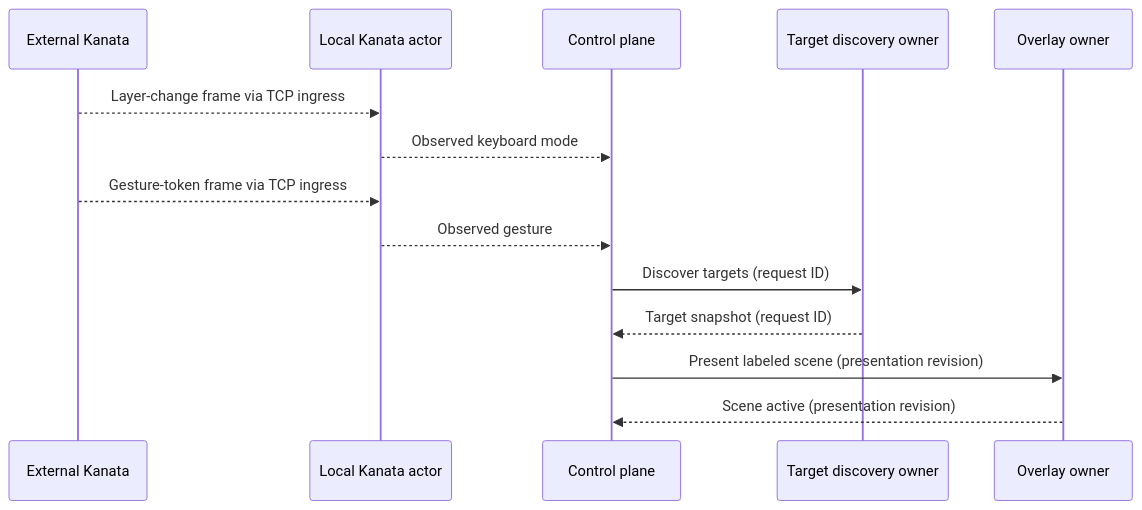
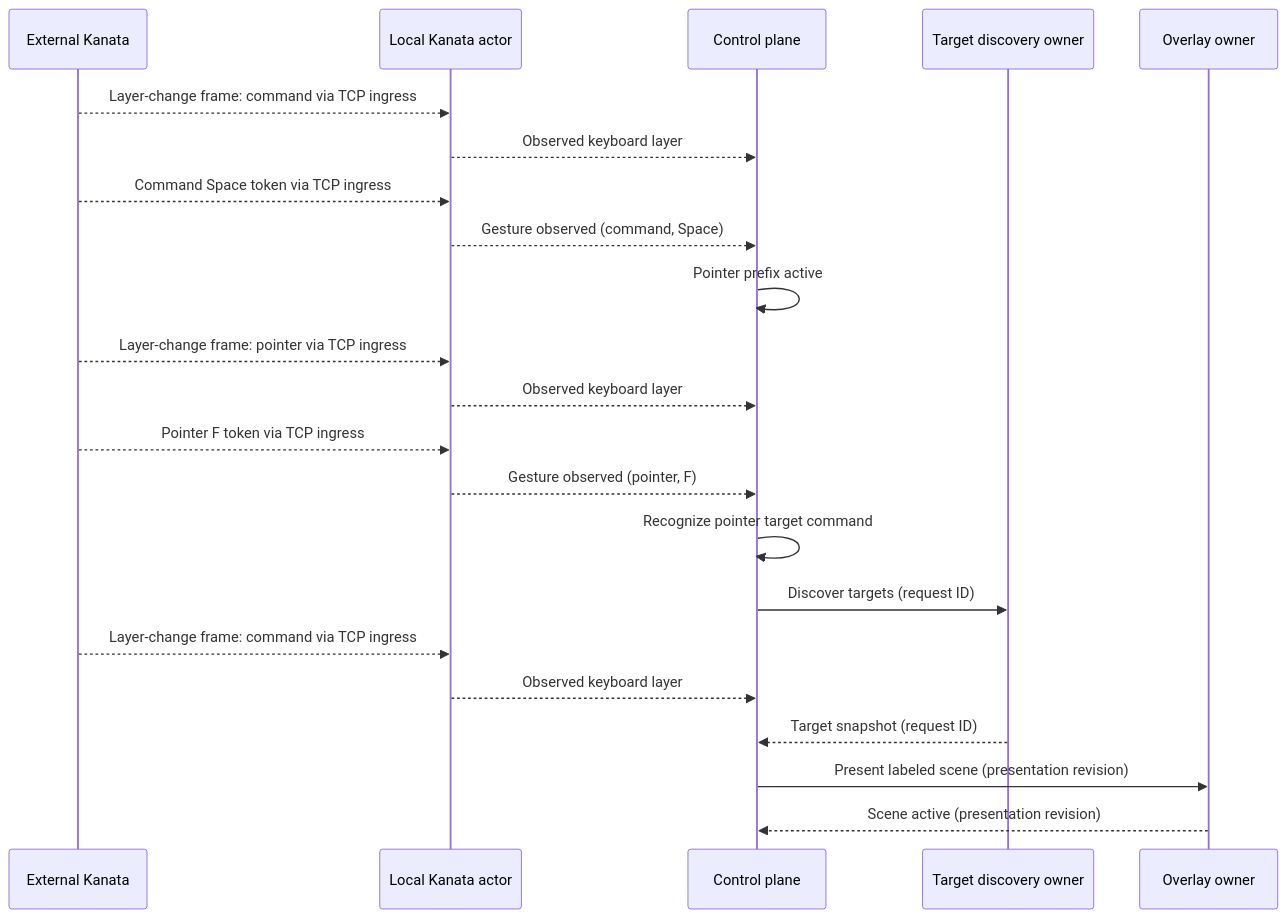
One commit to MattKotsenas/desknav changed the diagram in ARCHITECTURE.md. Above: the diagram before and after it, drawn with Mermaid. The commit also changed other lines of this file and 9 other files, not shown here.

````diff
--- a/ARCHITECTURE.md
+++ b/ARCHITECTURE.md
@@ -173,17 +178,25 @@
 ```mermaid
 sequenceDiagram
     participant K as External Kanata
     participant KA as Local Kanata actor
     participant C as Control plane
     participant D as Target discovery owner
     participant O as Overlay owner
 
-    K-->>KA: Layer-change frame via TCP ingress
-    KA-->>C: Observed keyboard mode
-    K-->>KA: Gesture-token frame via TCP ingress
-    KA-->>C: Observed gesture
+    K-->>KA: Layer-change frame: command via TCP ingress
+    KA-->>C: Observed keyboard layer
+    K-->>KA: Command Space token via TCP ingress
+    KA-->>C: Gesture observed (command, Space)
+    C->>C: Pointer prefix active
+    K-->>KA: Layer-change frame: pointer via TCP ingress
+    KA-->>C: Observed keyboard layer
+    K-->>KA: Pointer F token via TCP ingress
+    KA-->>C: Gesture observed (pointer, F)
+    C->>C: Recognize pointer target command
     C->>D: Discover targets (request ID)
+    K-->>KA: Layer-change frame: command via TCP ingress
+    KA-->>C: Observed keyboard layer
     D-->>C: Target snapshot (request ID)
     C->>O: Present labeled scene (presentation revision)
     O-->>C: Scene active (presentation revision)
 ```
````
